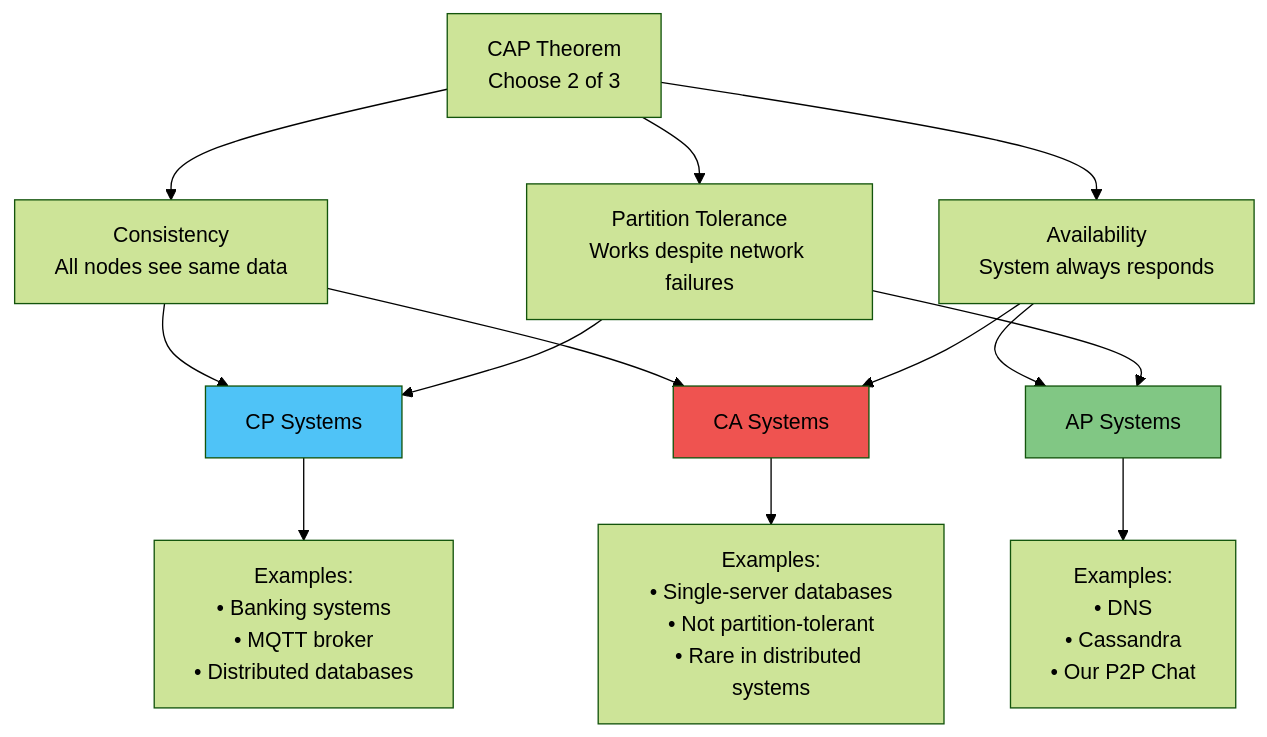
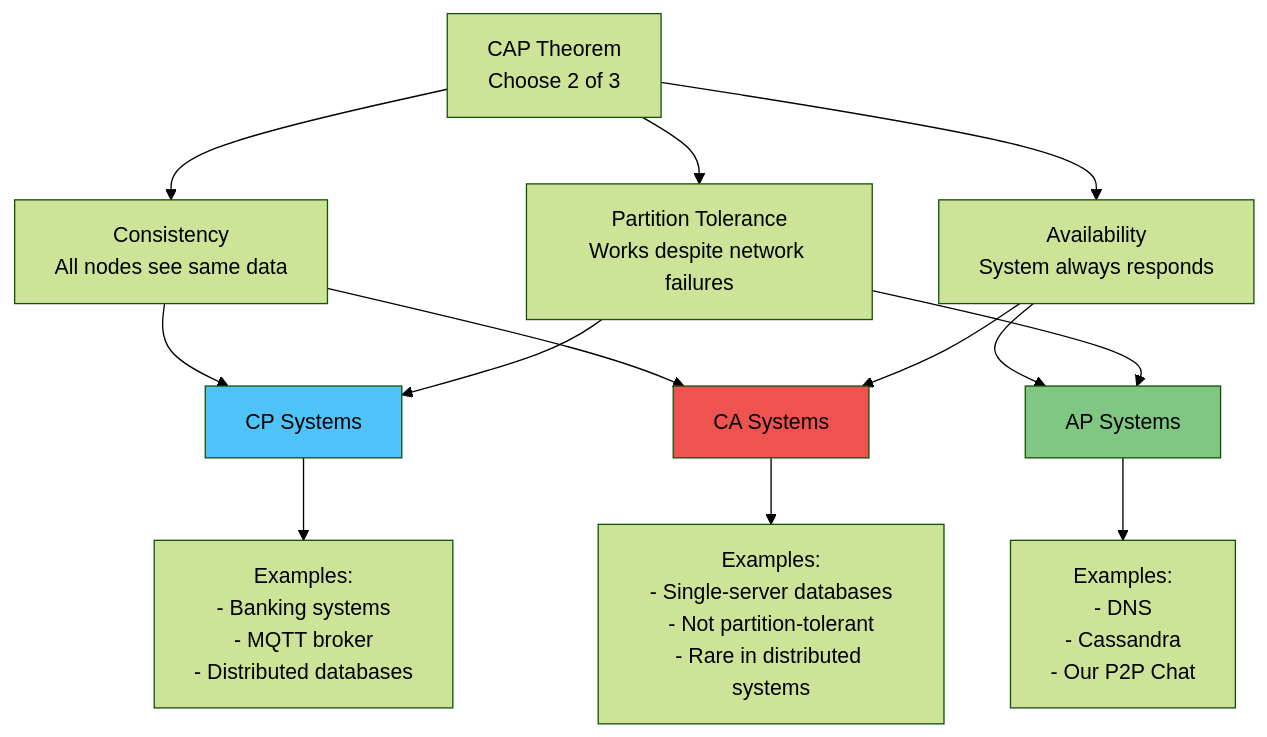
Before and after one commit to amr-kasem/distributed-systems-react-chat-peer: the seventh of 10 diagrams in reference_docs/DISTRIBUTED_SYSTEMS_DIAGRAMS.md, drawn with Mermaid (forest theme). The commit also changed other lines of this file and 5 other files, not shown here.

Commit message:
solved issues with diagrams

````diff
--- a/reference_docs/DISTRIBUTED_SYSTEMS_DIAGRAMS.md
+++ b/reference_docs/DISTRIBUTED_SYSTEMS_DIAGRAMS.md
@@ -396,24 +396,24 @@
 ```mermaid
 graph TB
     CAP[CAP Theorem<br/>Choose 2 of 3]
     
     CAP --> C[Consistency<br/>All nodes see same data]
     CAP --> A[Availability<br/>System always responds]
     CAP --> P[Partition Tolerance<br/>Works despite network failures]
     
     C --> CP[CP Systems]
     P --> CP
-    CP --> CP_Ex[Examples:<br/>• Banking systems<br/>• MQTT broker<br/>• Distributed databases]
+    CP --> CP_Ex[Examples:<br/>- Banking systems<br/>- MQTT broker<br/>- Distributed databases]
     
     A --> AP[AP Systems]
     P --> AP
-    AP --> AP_Ex[Examples:<br/>• DNS<br/>• Cassandra<br/>• Our P2P Chat]
+    AP --> AP_Ex[Examples:<br/>- DNS<br/>- Cassandra<br/>- Our P2P Chat]
     
     C --> CA[CA Systems]
     A --> CA
-    CA --> CA_Ex[Examples:<br/>• Single-server databases<br/>• Not partition-tolerant<br/>• Rare in distributed systems]
+    CA --> CA_Ex[Examples:<br/>- Single-server databases<br/>- Not partition-tolerant<br/>- Rare in distributed systems]
     
     style AP fill:#81c784
     style CP fill:#4fc3f7
     style CA fill:#ef5350
 ```
````
